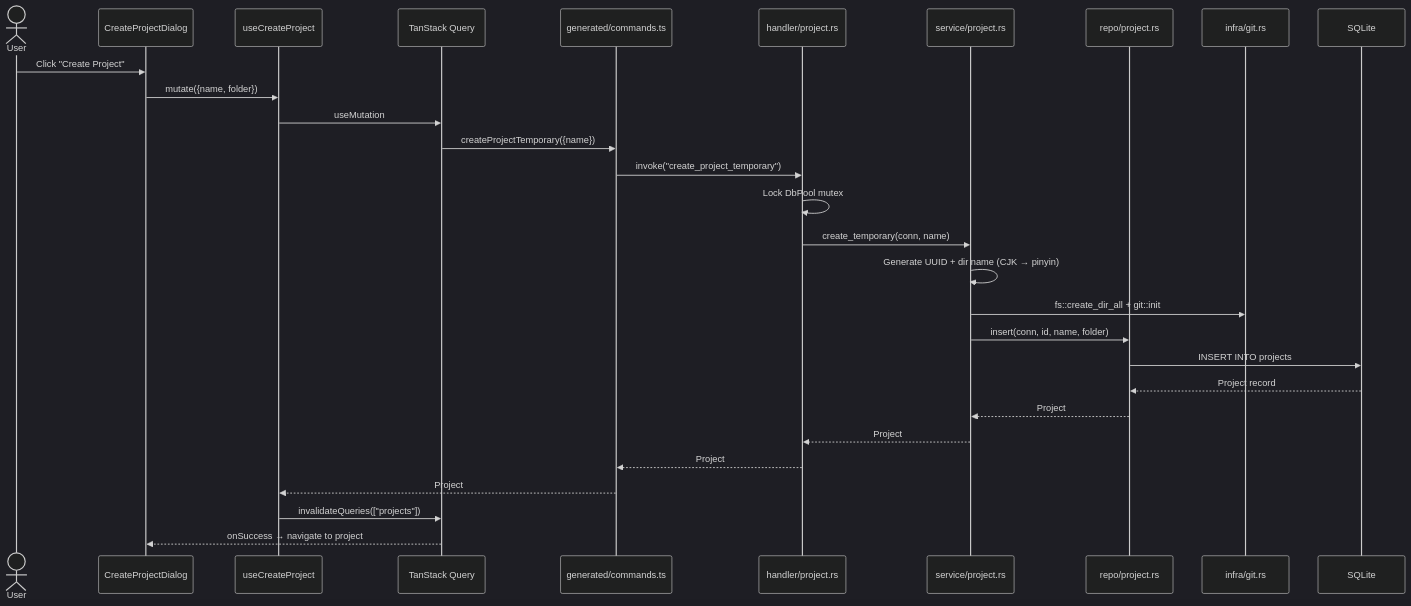
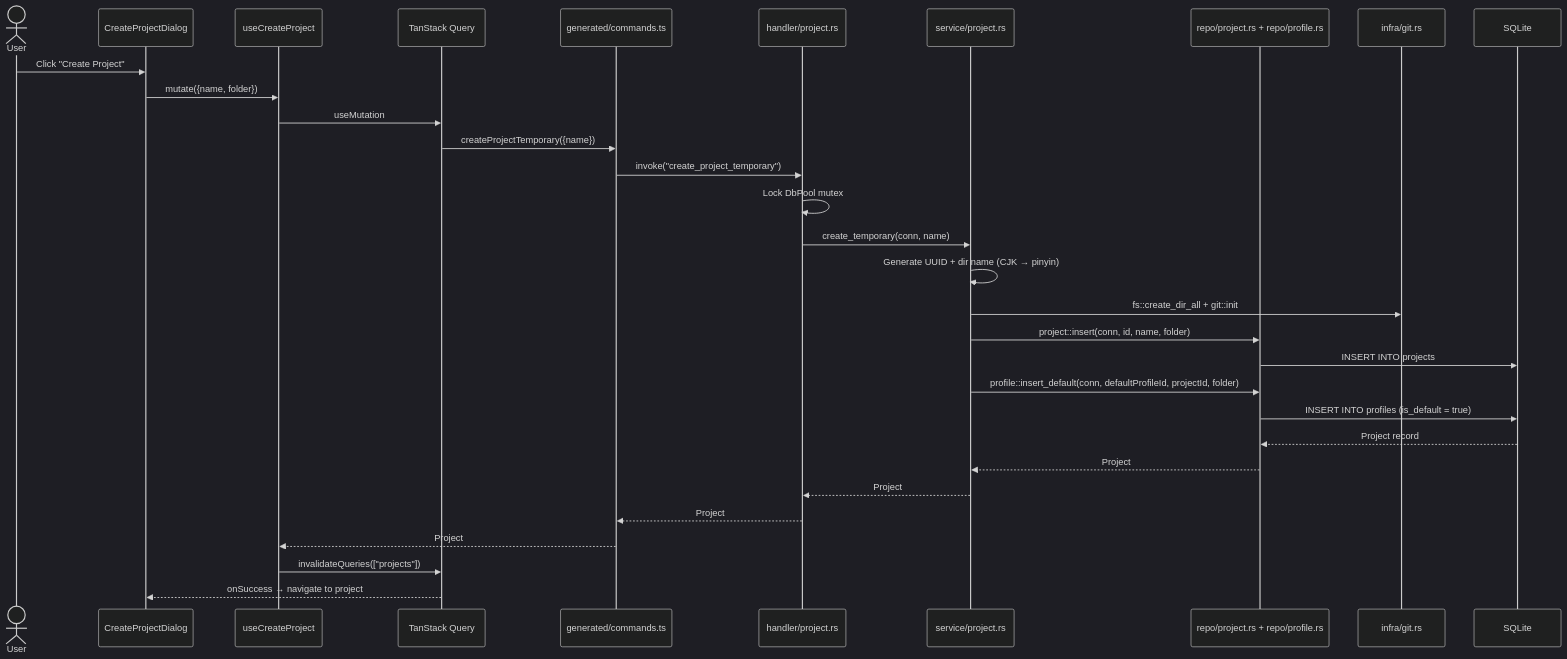
One commit to AkaraChen/2code changed the first of 7 diagrams in docs/data-flow.md. Above: the diagram before and after it, drawn with Mermaid (dark theme). The commit also changed other lines of this file and 2 other files, not shown here.

First line of the commit message:
docs: update API reference, config, and data flow docs to match codebase

````diff
--- a/docs/data-flow.md
+++ b/docs/data-flow.md
@@ -11,34 +11,36 @@
 ```mermaid
 sequenceDiagram
     actor User
     participant UI as CreateProjectDialog
     participant Hook as useCreateProject
     participant TQ as TanStack Query
     participant Gen as generated/commands.ts
     participant Handler as handler/project.rs
     participant Service as service/project.rs
-    participant Repo as repo/project.rs
+    participant Repo as repo/project.rs + repo/profile.rs
     participant Infra as infra/git.rs
     participant DB as SQLite
 
     User->>UI: Click "Create Project"
     UI->>Hook: mutate({name, folder})
     Hook->>TQ: useMutation
     TQ->>Gen: createProjectTemporary({name})
     Gen->>Handler: invoke("create_project_temporary")
 
     Handler->>Handler: Lock DbPool mutex
     Handler->>Service: create_temporary(conn, name)
     Service->>Service: Generate UUID + dir name (CJK → pinyin)
     Service->>Infra: fs::create_dir_all + git::init
-    Service->>Repo: insert(conn, id, name, folder)
+    Service->>Repo: project::insert(conn, id, name, folder)
     Repo->>DB: INSERT INTO projects
+    Service->>Repo: profile::insert_default(conn, defaultProfileId, projectId, folder)
+    Repo->>DB: INSERT INTO profiles (is_default = true)
     DB-->>Repo: Project record
 
     Repo-->>Service: Project
     Service-->>Handler: Project
     Handler-->>Gen: Project
     Gen-->>Hook: Project
     Hook->>TQ: invalidateQueries(["projects"])
     TQ-->>UI: onSuccess → navigate to project
 ```
````
